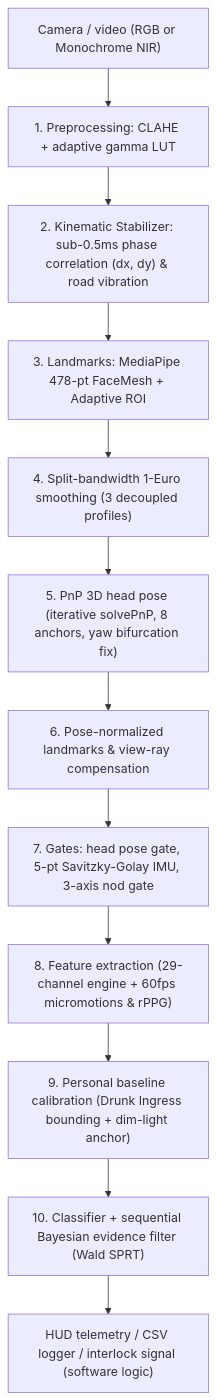
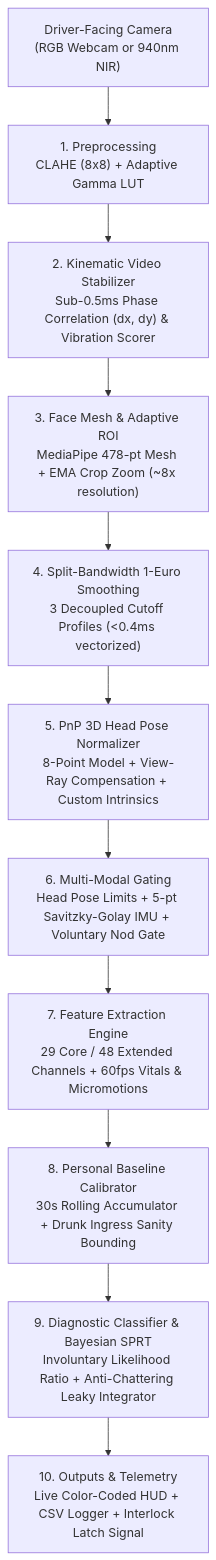
Before and after one commit to Thanos3541R/The_Overclocked: the diagram in README.md, drawn with Mermaid. The commit also changed other lines of this file and 14 other files, not shown here.

Commit message:
docs & core: update README to 187 tests, resolve technical audit findings, add custom camera intrinsics, thread-safety, and dual-mode training buffer

````diff
--- a/README.md
+++ b/README.md
@@ -41,14 +69,13 @@
 ```mermaid
 flowchart TD
-    A["Camera / video (RGB or Monochrome NIR)"] --> B["1. Preprocessing: CLAHE + adaptive gamma LUT"]
-    B --> B2["2. Kinematic Stabilizer: sub-0.5ms phase correlation (dx, dy) & road vibration"]
-    B2 --> C["3. Landmarks: MediaPipe 478-pt FaceMesh + Adaptive ROI"]
-    C --> D["4. Split-bandwidth 1-Euro smoothing (3 decoupled profiles)"]
-    D --> E["5. PnP 3D head pose (iterative solvePnP, 8 anchors, yaw bifurcation fix)"]
-    E --> F["6. Pose-normalized landmarks & view-ray compensation"]
-    F --> G["7. Gates: head pose gate, 5-pt Savitzky-Golay IMU, 3-axis nod gate"]
-    G --> H["8. Feature extraction (29-channel engine + 60fps micromotions & rPPG)"]
-    H --> I["9. Personal baseline calibration (Drunk Ingress bounding + dim-light anchor)"]
-    I --> J["10. Classifier + sequential Bayesian evidence filter (Wald SPRT)"]
-    J --> K["HUD telemetry / CSV logger / interlock signal (software logic)"]
+    A["Driver-Facing Camera\n(RGB Webcam or 940nm NIR)"] --> B["1. Preprocessing\nCLAHE (8x8) + Adaptive Gamma LUT"]
+    B --> C["2. Kinematic Video Stabilizer\nSub-0.5ms Phase Correlation (dx, dy) & Vibration Scorer"]
+    C --> D["3. Face Mesh & Adaptive ROI\nMediaPipe 478-pt Mesh + EMA Crop Zoom (~8x resolution)"]
+    D --> E["4. Split-Bandwidth 1-Euro Smoothing\n3 Decoupled Cutoff Profiles (<0.4ms vectorized)"]
+    E --> F["5. PnP 3D Head Pose Normalizer\n8-Point Model + View-Ray Compensation + Custom Intrinsics"]
+    F --> G["6. Multi-Modal Gating\nHead Pose Limits + 5-pt Savitzky-Golay IMU + Voluntary Nod Gate"]
+    G --> H["7. Feature Extraction Engine\n29 Core / 48 Extended Channels + 60fps Vitals & Micromotions"]
+    H --> I["8. Personal Baseline Calibrator\n30s Rolling Accumulator + Drunk Ingress Sanity Bounding"]
+    I --> J["9. Diagnostic Classifier & Bayesian SPRT\nInvoluntary Likelihood Ratio + Anti-Chattering Leaky Integrator"]
+    J --> K["10. Outputs & Telemetry\nLive Color-Coded HUD + CSV Logger + Interlock Latch Signal"]
 ```
````
